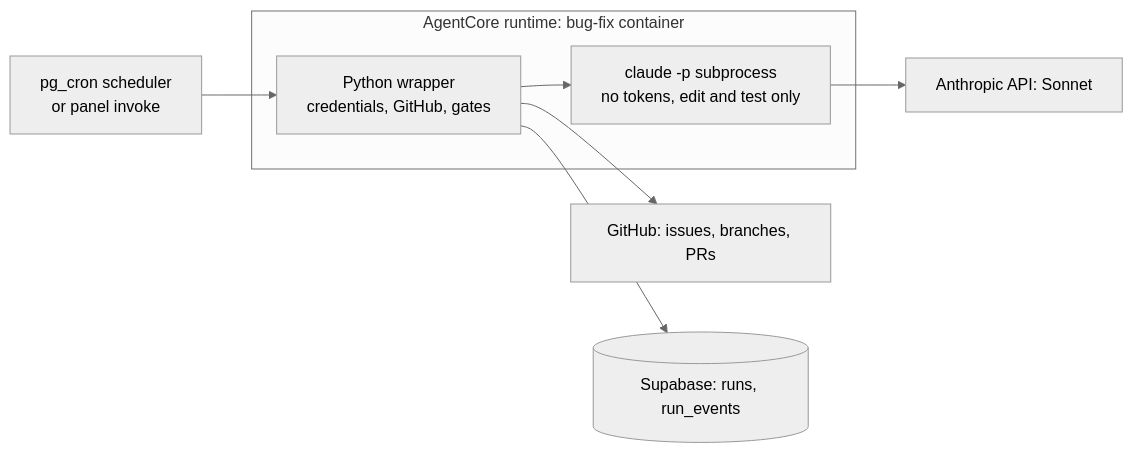
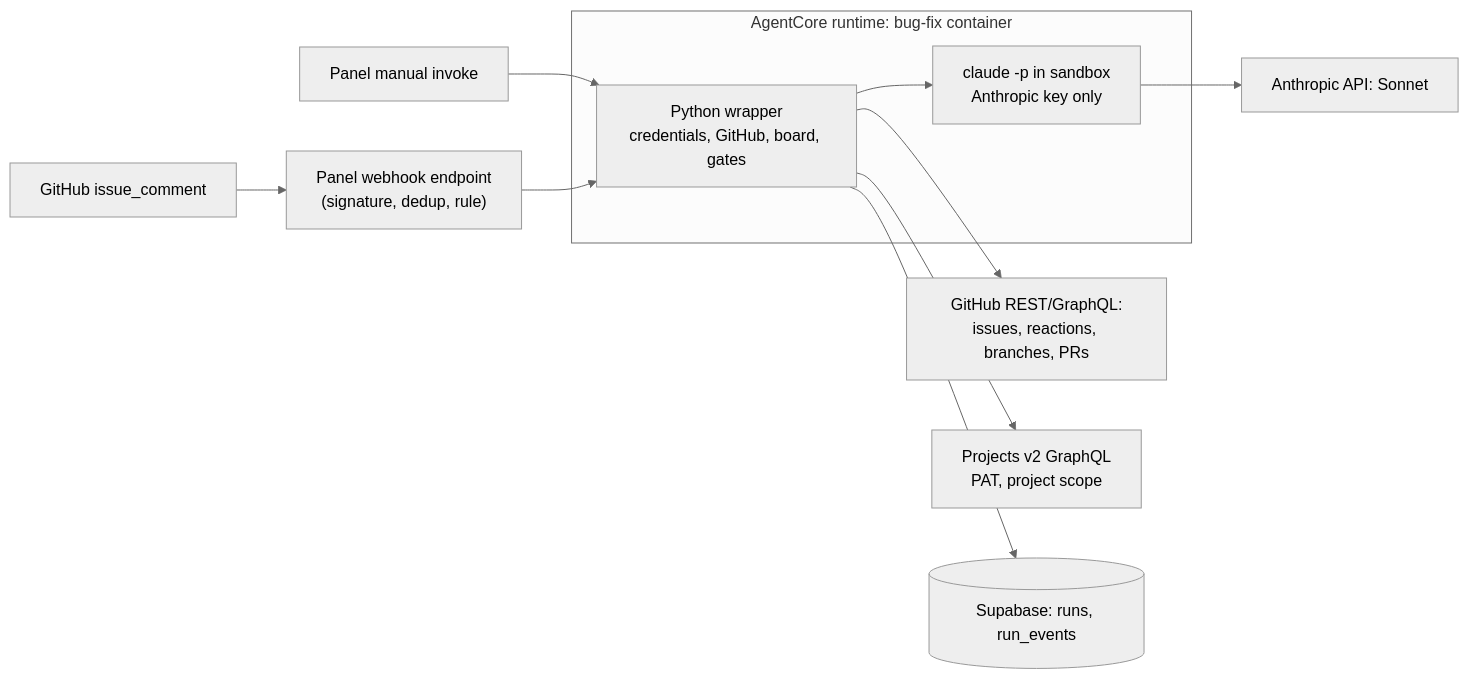
The second of 2 diagrams in docs/requirements/prd-bug-fix-agent.md (llipe/dev-tasks-agent-fleet), drawn with Mermaid (neutral theme) before and after one commit. The commit also changed other lines of this file and 8 other files, not shown here.

First line of the commit message:
docs(bug-fix): PRD v2.0 issue mode - /bug-fix trigger, no labels, Projects board

````diff
--- a/docs/requirements/prd-bug-fix-agent.md
+++ b/docs/requirements/prd-bug-fix-agent.md
@@ -173,12 +213,15 @@
 ```mermaid
 flowchart LR
-    S[pg_cron scheduler<br/>or panel invoke] --> W
+    GHc["GitHub issue_comment"] --> WH["Panel webhook endpoint<br/>(signature, dedup, rule)"]
+    PI["Panel manual invoke"] --> W
+    WH --> W
     subgraph R[AgentCore runtime: bug-fix container]
-        W[Python wrapper<br/>credentials, GitHub, gates]
-        C[claude -p subprocess<br/>no tokens, edit and test only]
+        W[Python wrapper<br/>credentials, GitHub, board, gates]
+        C[claude -p in sandbox<br/>Anthropic key only]
         W --> C
     end
-    W --> GH[GitHub: issues, branches, PRs]
+    W --> GH[GitHub REST/GraphQL:<br/>issues, reactions, branches, PRs]
+    W --> PJ[Projects v2 GraphQL<br/>PAT, project scope]
     W --> DB[(Supabase: runs, run_events)]
-    C --> BR[Anthropic API: Sonnet]
+    C --> AN[Anthropic API: Sonnet]
 ```
````
